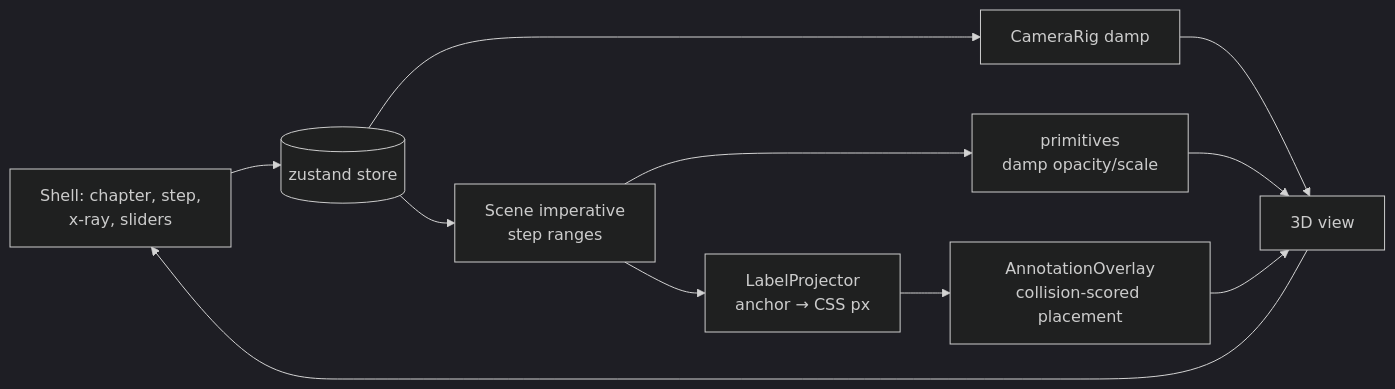
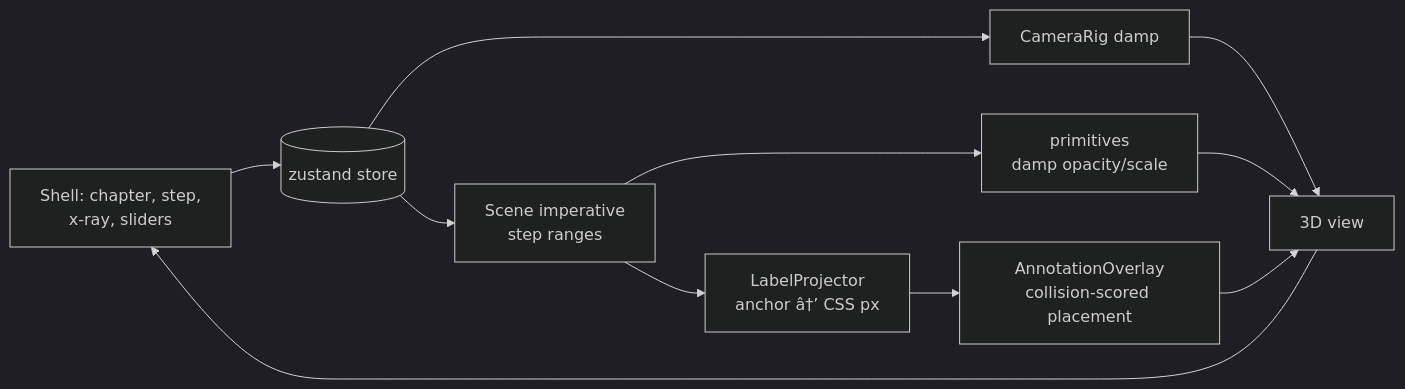
Before and after one commit to Mostakim2005/gpt-moe-3d-explainer: diagram 11 of 11 in docs/algorithms.md, drawn with Mermaid (dark theme). The commit also changed other lines of this file and 5 other files, not shown here.

````diff
--- a/docs/algorithms.md
+++ b/docs/algorithms.md
@@ -204,13 +206,13 @@
 ```mermaid
 flowchart LR
     UI[Shell: chapter, step,\nx-ray, sliders] --> STORE[(zustand store)]
     STORE --> CAM[CameraRig damp]
     STORE --> SCENE["Scene imperative\nstep ranges"]
     SCENE --> PRIM[primitives\ndamp opacity/scale]
-    SCENE --> PROJ[LabelProjector\nanchor → CSS px]
+    SCENE --> PROJ[LabelProjector\nanchor â†’ CSS px]
     PROJ --> OVER[AnnotationOverlay\ncollision-scored placement]
     CAM --> VIEW[3D view]
     PRIM --> VIEW
     OVER --> VIEW
     VIEW --> UI
 ```
````
